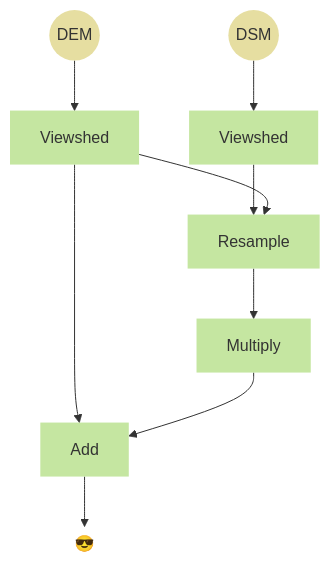
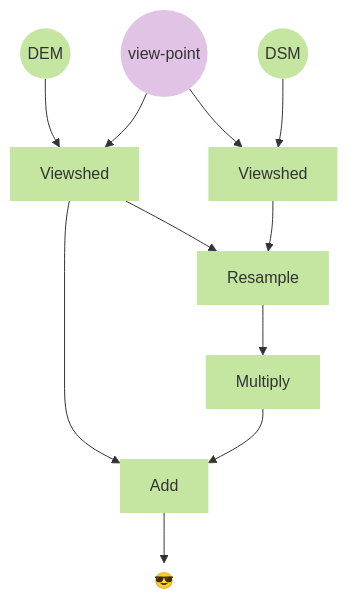
Before and after one commit to jeffhowarth/cartographic-modeling: the diagram in src/challenges-wb/viewshed-comparison.md, drawn with Mermaid. The commit also changed other lines of this file and 50 other files, not shown here.

````diff
--- a/src/challenges-wb/viewshed-comparison.md
+++ b/src/challenges-wb/viewshed-comparison.md
@@ -13,31 +13,36 @@
 ``` mermaid
 graph TD
-  01((DEM)) ;
+
+  00((DEM)) ;
+  01((view-point)) ;
   03[Viewshed] ;
   02((DSM)) ;
   04[Viewshed] ;
   05[Resample] ;
   06[Multiply] ;
   07[Add] ;
   08((&#128526)) ;
 
-  01 --> 03
-  02 --> 04 
-  04 --> 05
-  03 --> 05  
-  05 --> 06
-  03 --> 07
-  06 --> 07
+  00 --> 03 ;
+  01 --> 03 ;
+  01 --> 04 ;
+  02 --> 04 ;
+  03 --> 05 ;  
+  04 --> 05 ;
+  05 --> 06 ;
+  03 --> 07 ;
+  06 --> 07 ;
   07 --> 08 ;
 
-  style 01 fill:#E6DEA1,stroke-width:0px
-  style 02 fill:#E6DEA1,stroke-width:0px
+  style 00 fill:#C5E6A1,stroke-width:0px
+  style 01 fill:#E1C3E6,stroke-width:0px
+  style 02 fill:#C5E6A1,stroke-width:0px
   style 03 fill:#C5E6A1,stroke-width:0px
   style 04 fill:#C5E6A1,stroke-width:0px
   style 05 fill:#C5E6A1,stroke-width:0px
   style 06 fill:#C5E6A1,stroke-width:0px
   style 07 fill:#C5E6A1,stroke-width:0px
   style 08 fill:#E6DEA100,stroke-width:0px
 
 
 ```
````
